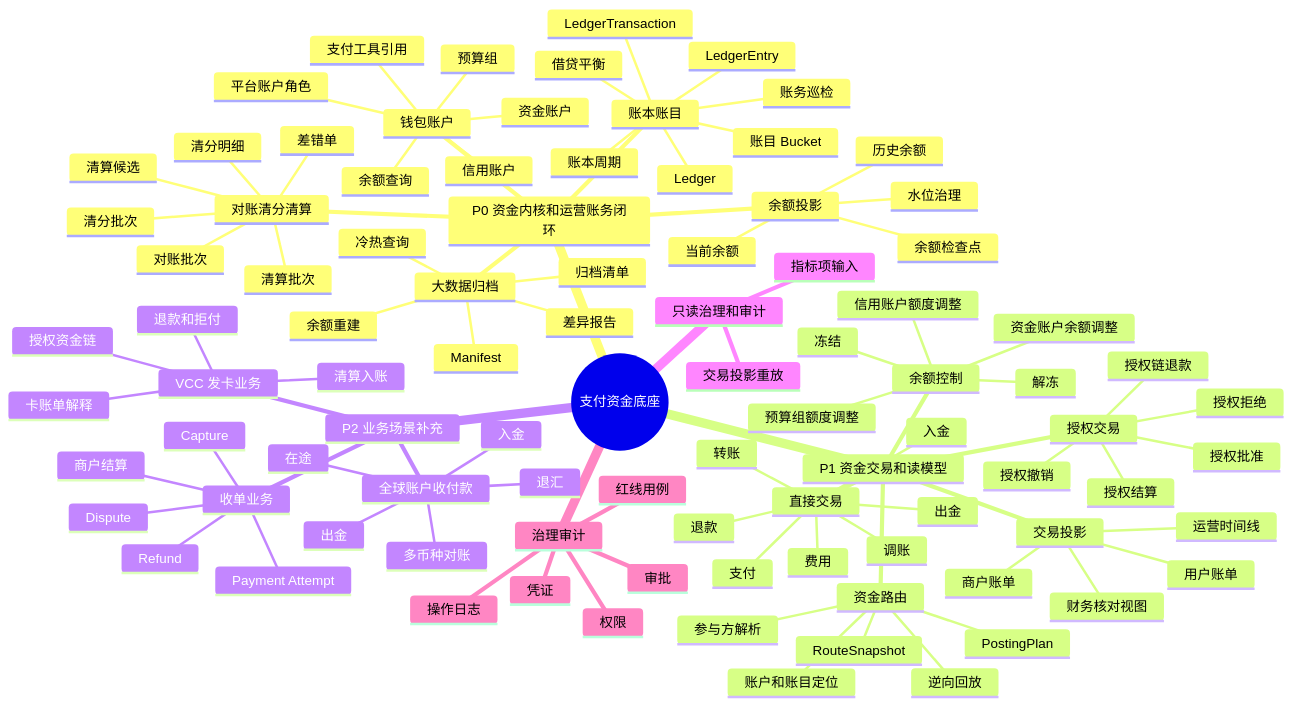
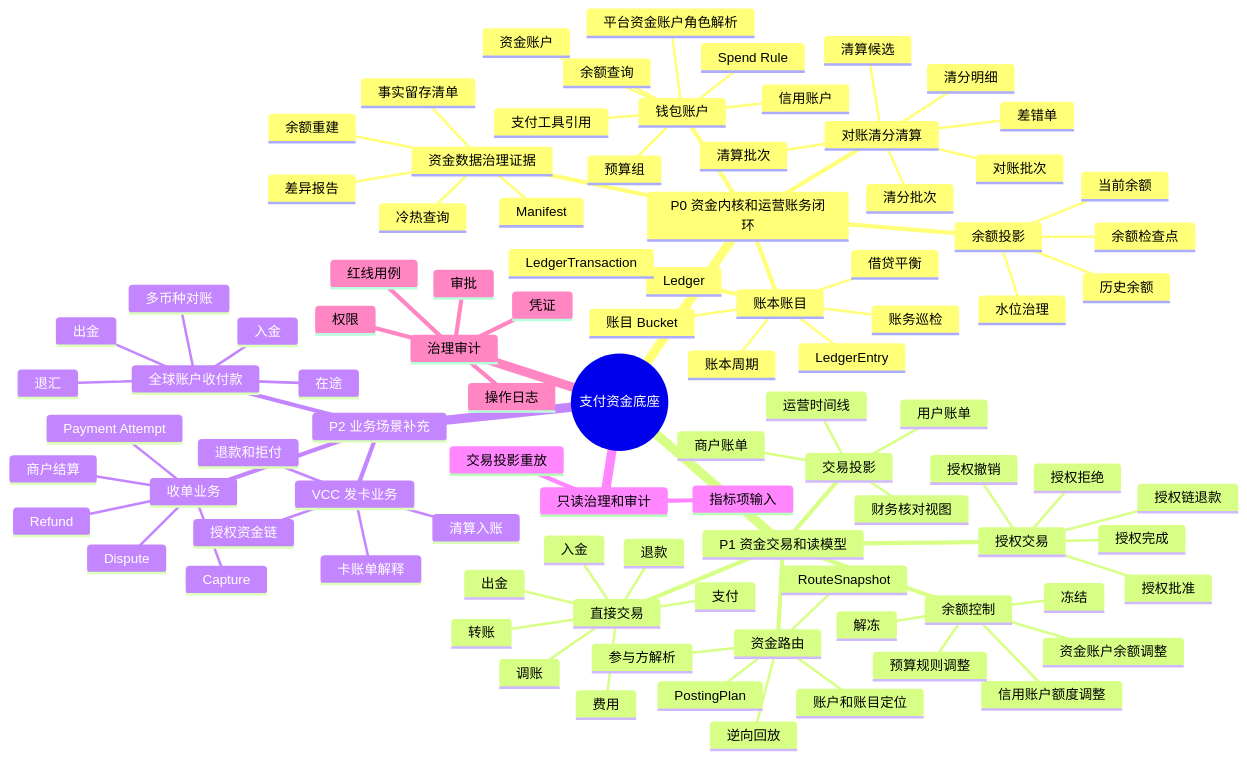
The third of 9 diagrams in docs/产品设计/01-PRD总览.md (fengwuxp/wind-funds), drawn with Mermaid before and after one commit. The commit also changed other lines of this file and 39 other files, not shown here.

```diff
--- a/docs/产品设计/01-PRD总览.md
+++ b/docs/产品设计/01-PRD总览.md
@@ -297,7 +297,8 @@
         资金账户
         信用账户
         预算组
-        平台账户角色
+        Spend Rule
+        平台资金账户角色解析
         支付工具引用
         余额查询
       账本账目
@@ -320,8 +321,8 @@
         清分批次
         清算候选
         清算批次
-      大数据归档
-        归档清单
+      资金数据治理证据
+        事实留存清单
         Manifest
         冷热查询
         余额重建
@@ -339,14 +340,14 @@
         授权批准
         授权拒绝
         授权撤销
-        授权结算
+        授权完成
         授权链退款
       余额控制
         冻结
         解冻
         资金账户余额调整
         信用账户额度调整
-        预算组额度调整
+        预算规则调整
       资金路由
         参与方解析
         账户和账目定位
```
